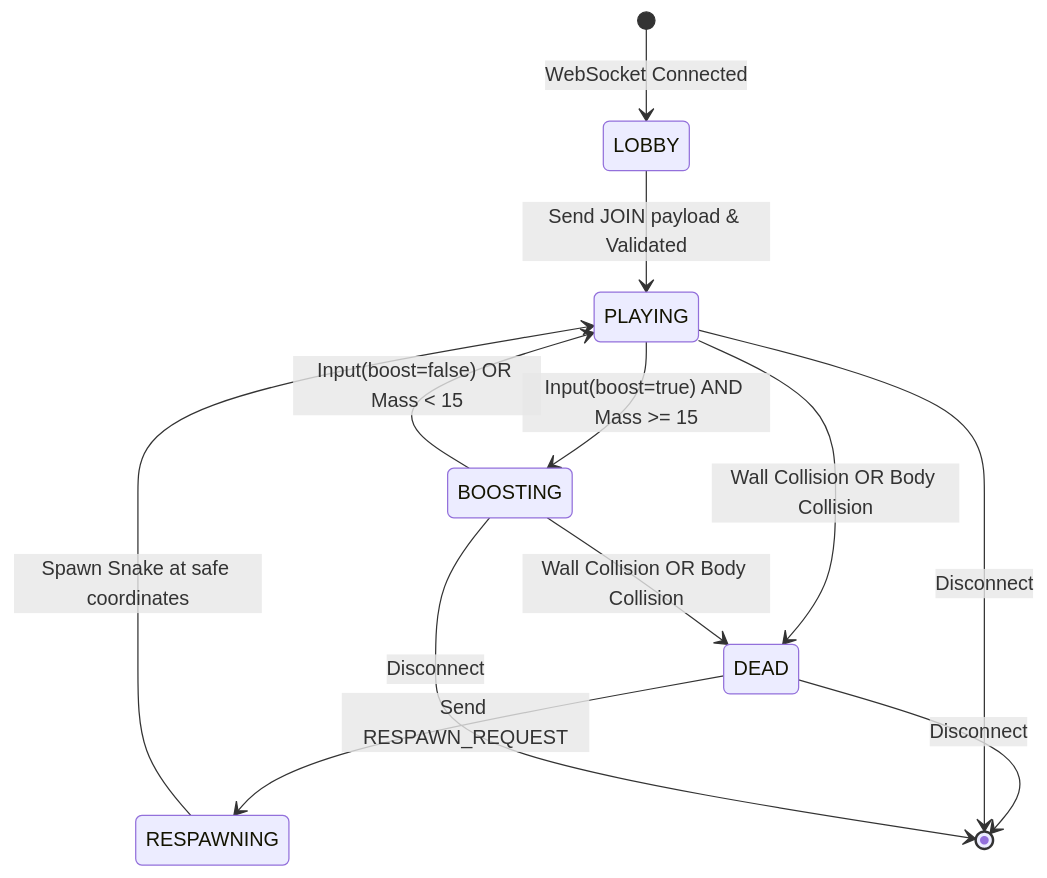
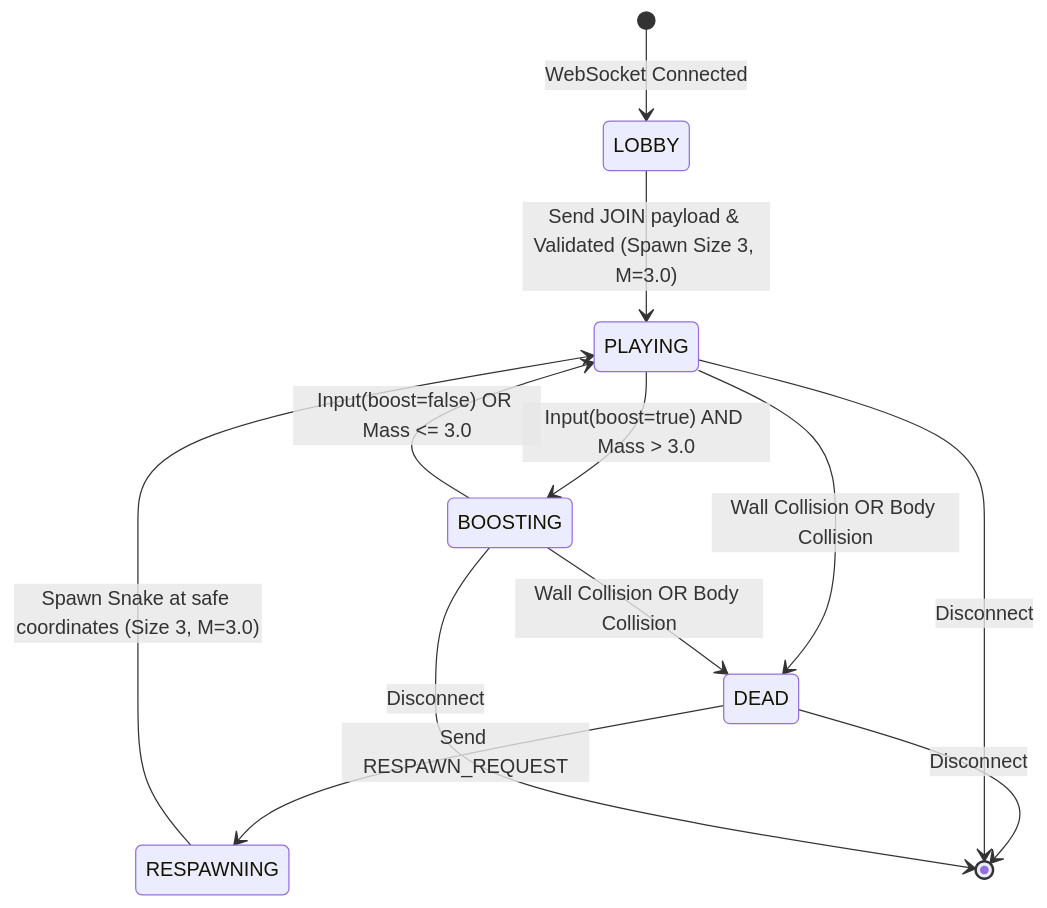
The first of 2 diagrams in openspec/specs/lifecycle/spec.md (douglaspands/snake-royale-game), drawn with Mermaid before and after one commit. The commit also changed other lines of this file and 41 other files, not shown here.

First line of the commit message:
feat(physics): implement compact snake spawn (size 3), turbo gating and 1:1 mass drain

````diff
--- a/openspec/specs/lifecycle/spec.md
+++ b/openspec/specs/lifecycle/spec.md
@@ -10,14 +10,14 @@
 ```mermaid
 stateDiagram-v2
     [*] --> LOBBY : WebSocket Connected
-    LOBBY --> PLAYING : Send JOIN payload & Validated
-    PLAYING --> BOOSTING : Input(boost=true) AND Mass >= 15
-    BOOSTING --> PLAYING : Input(boost=false) OR Mass < 15
+    LOBBY --> PLAYING : Send JOIN payload & Validated (Spawn Size 3, M=3.0)
+    PLAYING --> BOOSTING : Input(boost=true) AND Mass > 3.0
+    BOOSTING --> PLAYING : Input(boost=false) OR Mass <= 3.0
     PLAYING --> DEAD : Wall Collision OR Body Collision
     BOOSTING --> DEAD : Wall Collision OR Body Collision
     DEAD --> RESPAWNING : Send RESPAWN_REQUEST
-    RESPAWNING --> PLAYING : Spawn Snake at safe coordinates
+    RESPAWNING --> PLAYING : Spawn Snake at safe coordinates (Size 3, M=3.0)
     DEAD --> [*] : Disconnect
     PLAYING --> [*] : Disconnect
     BOOSTING --> [*] : Disconnect
 ```
````
